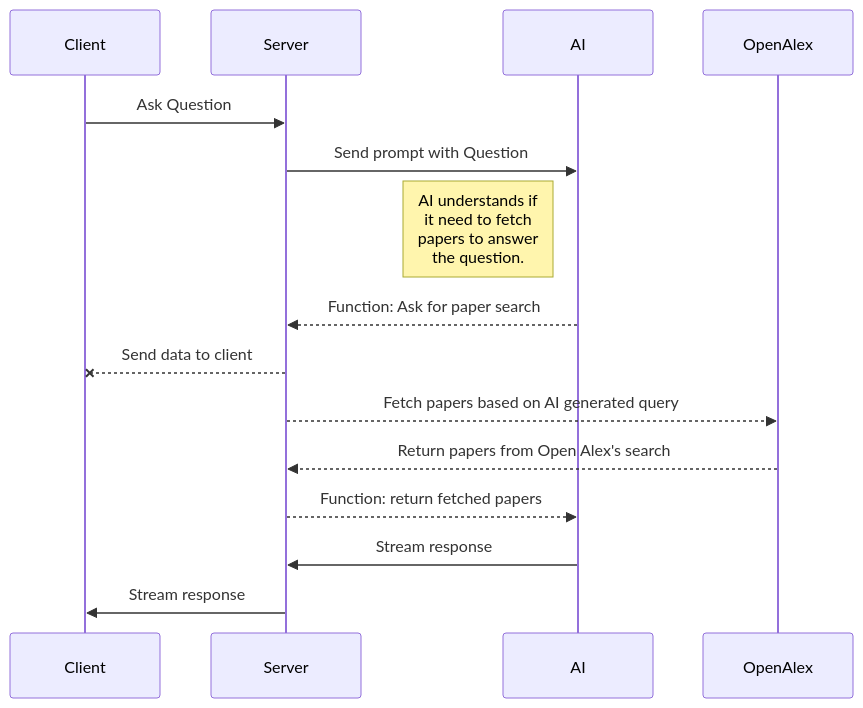
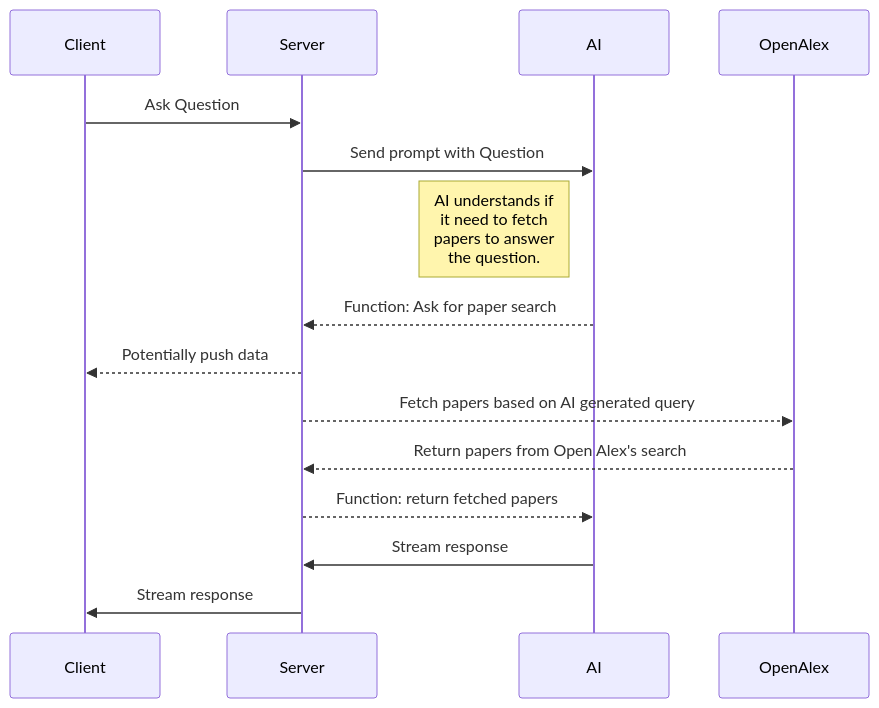
Before and after one commit to proemial/mono: the diagram in apps/proem/README.md, drawn with Mermaid.

Commit message:
Update data push from server to client

````diff
--- a/apps/proem/README.md
+++ b/apps/proem/README.md
@@ -25,13 +25,13 @@
 ```mermaid
 sequenceDiagram
     Client->> Server: Ask Question
     Server->> AI: Send prompt with Question
     Note left of AI: AI understands if<br/>it need to fetch<br/>papers to answer<br/>the question.
     AI-->>Server: Function: Ask for paper search
-    Server--x Client: Send data to client
+    Server-->> Client: Potentially push data
     Server-->>OpenAlex: Fetch papers based on AI generated query
     OpenAlex-->>Server: Return papers from Open Alex's search
     Server-->>AI: Function: return fetched papers
     AI->>Server: Stream response
     Server->>Client: Stream response
 ```
````
